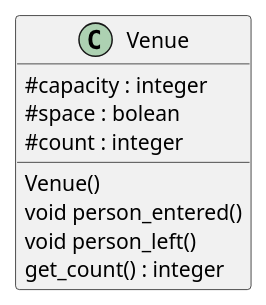
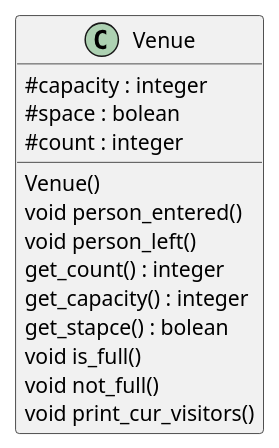
Before and after one commit to SebastianSlash/corona_ppl_count: the diagram in Diagrams/classes.pu, drawn with PlantUML. The commit also changed 2 other files, not shown here.

```diff
--- a/Diagrams/classes.pu
+++ b/Diagrams/classes.pu
@@ -1,13 +1,18 @@
 @startuml
 skinparam classAttributeIconSize 0
 
 class Venue {
   # capacity : integer
   # space : bolean
   # count : integer
   Venue()
   void person_entered()
   void person_left()
   get_count() : integer
+  get_capacity() : integer
+  get_stapce() : bolean
+  void is_full()
+  void not_full()
+  void print_cur_visitors()
 }
 @enduml
```
